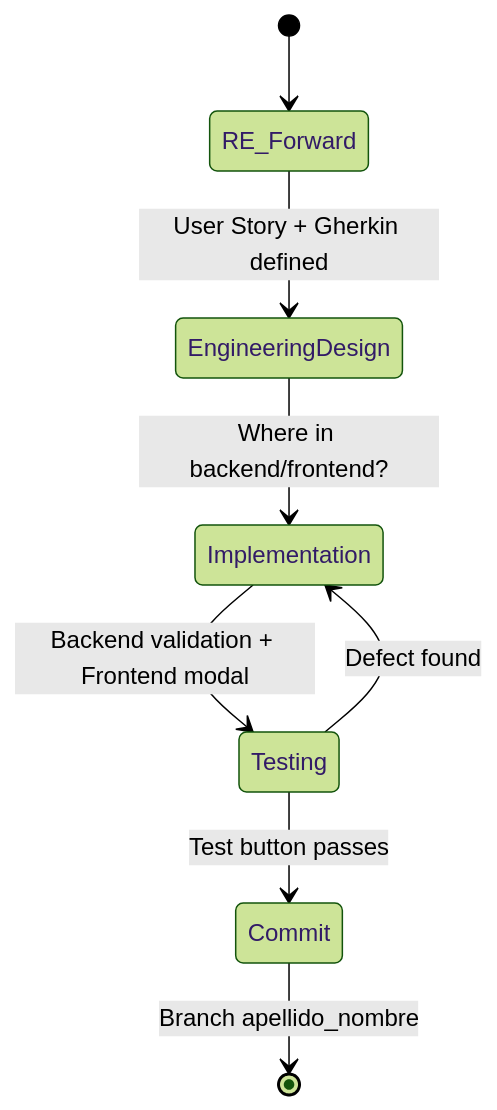
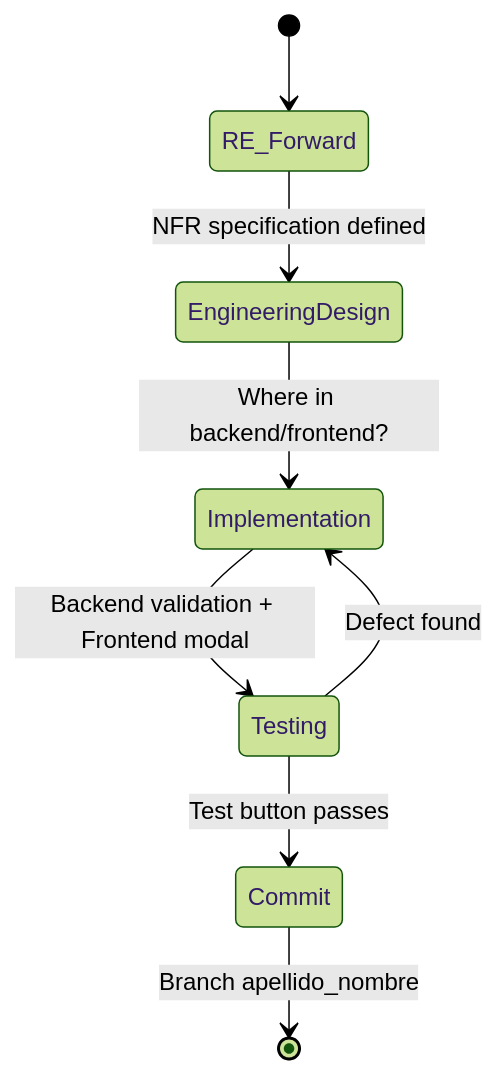
The diagram in 30-assignments/2026-06-02-practico-01/code/docs/sdlc/README.md (estebanmatias92/tecnicatura-practicas-profesionalizantes-ii), drawn with Mermaid (forest theme) before and after one commit. The commit also changed other lines of this file and 12 other files, not shown here.

````diff
--- a/30-assignments/2026-06-02-practico-01/code/docs/sdlc/README.md
+++ b/30-assignments/2026-06-02-practico-01/code/docs/sdlc/README.md
@@ -9,15 +9,15 @@
 ```mermaid
 stateDiagram-v2
     direction TB
 
     [*] --> RE_Forward
 
-    RE_Forward --> EngineeringDesign : User Story + Gherkin defined
+    RE_Forward --> EngineeringDesign : NFR specification defined
     EngineeringDesign --> Implementation : Where in backend/frontend?
     Implementation --> Testing : Backend validation + Frontend modal
     Testing --> Commit : Test button passes
     Commit --> [*] : Branch apellido_nombre
 
     %% Feedback loop
     Testing --> Implementation : Defect found
 ```
````
